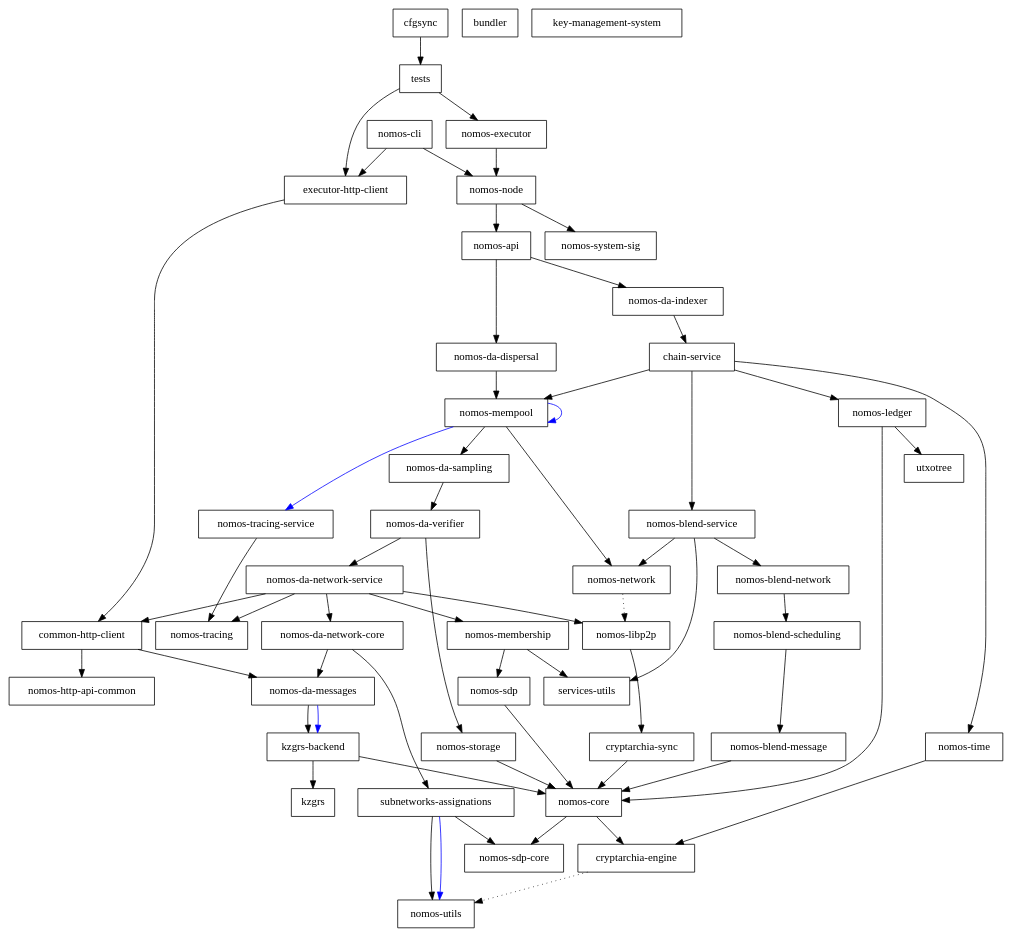
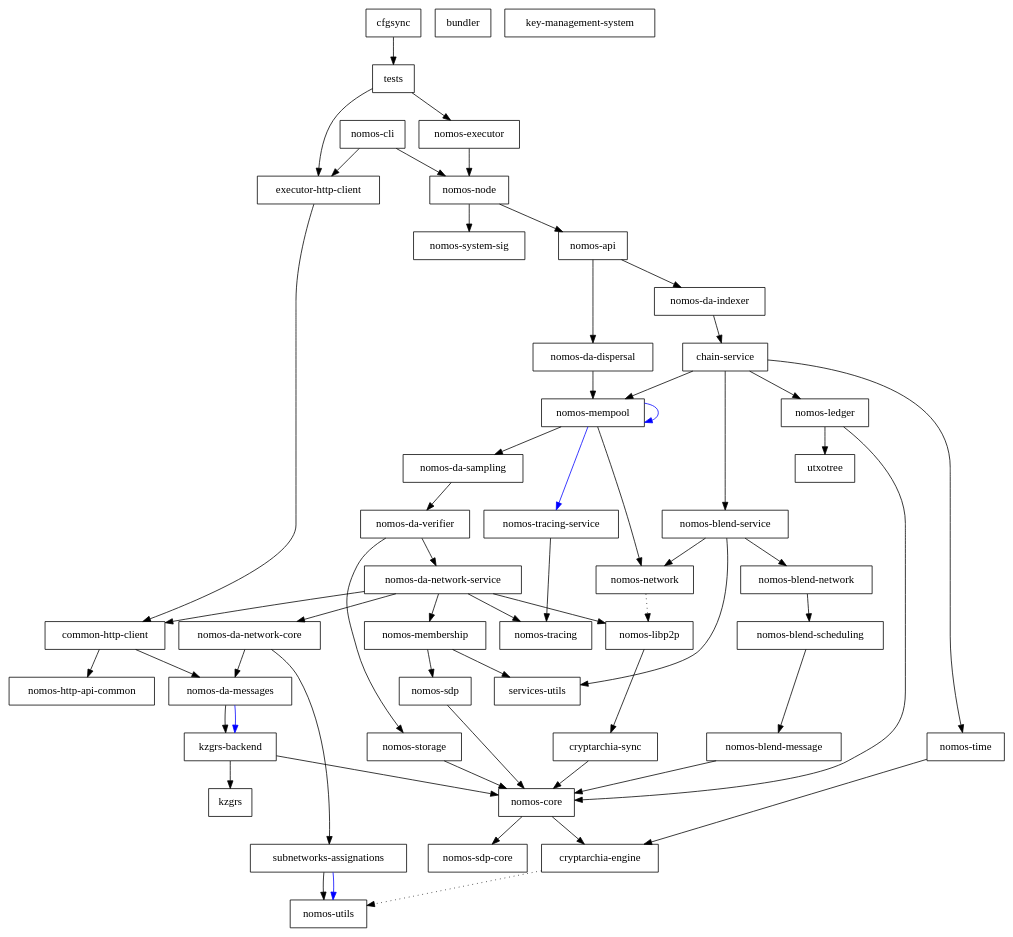
Before and after one commit to logos-co/nomos: the diagram in dependencies_graph.dot, drawn with Graphviz. The commit also changed 5 other files, not shown here.

```diff
--- a/dependencies_graph.dot
+++ b/dependencies_graph.dot
@@ -1,106 +1,105 @@
 digraph {
     0 [ label = "cryptarchia-engine" shape = box]
     1 [ label = "nomos-utils" shape = box]
     2 [ label = "cryptarchia-sync" shape = box]
     3 [ label = "nomos-core" shape = box]
     4 [ label = "nomos-sdp-core" shape = box]
     5 [ label = "nomos-ledger" shape = box]
     6 [ label = "utxotree" shape = box]
     7 [ label = "nomos-http-api-common" shape = box]
     8 [ label = "nomos-executor" shape = box]
     9 [ label = "kzgrs-backend" shape = box]
     10 [ label = "kzgrs" shape = box]
     11 [ label = "nomos-api" shape = box]
     12 [ label = "chain-service" shape = box]
     13 [ label = "nomos-blend-service" shape = box]
     14 [ label = "nomos-blend-message" shape = box]
     15 [ label = "nomos-blend-network" shape = box]
     16 [ label = "nomos-blend-scheduling" shape = box]
     17 [ label = "nomos-libp2p" shape = box]
     18 [ label = "nomos-network" shape = box]
     19 [ label = "services-utils" shape = box]
     20 [ label = "nomos-da-sampling" shape = box]
     21 [ label = "nomos-da-network-core" shape = box]
     22 [ label = "nomos-da-messages" shape = box]
     23 [ label = "subnetworks-assignations" shape = box]
     24 [ label = "nomos-da-network-service" shape = box]
     25 [ label = "common-http-client" shape = box]
     26 [ label = "nomos-membership" shape = box]
     27 [ label = "nomos-sdp" shape = box]
     28 [ label = "nomos-tracing" shape = box]
     29 [ label = "nomos-da-verifier" shape = box]
     30 [ label = "nomos-storage" shape = box]
     31 [ label = "nomos-mempool" shape = box]
     32 [ label = "nomos-tracing-service" shape = box]
     33 [ label = "nomos-time" shape = box]
     34 [ label = "nomos-da-dispersal" shape = box]
     35 [ label = "nomos-da-indexer" shape = box]
     36 [ label = "nomos-node" shape = box]
     37 [ label = "nomos-system-sig" shape = box]
     38 [ label = "executor-http-client" shape = box]
     39 [ label = "bundler" shape = box]
     40 [ label = "nomos-cli" shape = box]
     41 [ label = "key-management-system" shape = box]
     42 [ label = "cfgsync" shape = box]
     43 [ label = "tests" shape = box]
     0 -> 1 [ style = dotted]
     2 -> 3 [ ]
     3 -> 0 [ ]
     3 -> 4 [ ]
     5 -> 3 [ ]
     5 -> 6 [ ]
     8 -> 36 [ ]
     9 -> 10 [ ]
     9 -> 3 [ ]
     11 -> 34 [ ]
     11 -> 35 [ ]
     12 -> 13 [ ]
     12 -> 5 [ ]
     12 -> 31 [ ]
     12 -> 33 [ ]
     13 -> 15 [ ]
     13 -> 18 [ ]
     13 -> 19 [ ]
     14 -> 3 [ ]
     15 -> 16 [ ]
     16 -> 14 [ ]
     17 -> 2 [ ]
     18 -> 17 [ style = dotted]
     20 -> 29 [ ]
     21 -> 22 [ ]
     21 -> 23 [ ]
     22 -> 9 [ ]
     22 -> 9 [ color = blue]
-    23 -> 4 [ ]
     23 -> 1 [ ]
     23 -> 1 [ color = blue]
     24 -> 25 [ ]
     24 -> 21 [ ]
     24 -> 17 [ ]
     24 -> 26 [ ]
     24 -> 28 [ ]
     25 -> 22 [ ]
     25 -> 7 [ ]
     26 -> 27 [ ]
     26 -> 19 [ ]
     27 -> 3 [ ]
     29 -> 24 [ ]
     29 -> 30 [ ]
     30 -> 3 [ ]
     31 -> 20 [ ]
     31 -> 31 [ color = blue]
     31 -> 18 [ ]
     31 -> 32 [ color = blue]
     32 -> 28 [ ]
     33 -> 0 [ ]
     34 -> 31 [ ]
     35 -> 12 [ ]
     36 -> 11 [ ]
     36 -> 37 [ ]
     38 -> 25 [ ]
     40 -> 38 [ ]
     40 -> 36 [ ]
     42 -> 43 [ ]
     43 -> 38 [ ]
     43 -> 8 [ ]
 }
```
